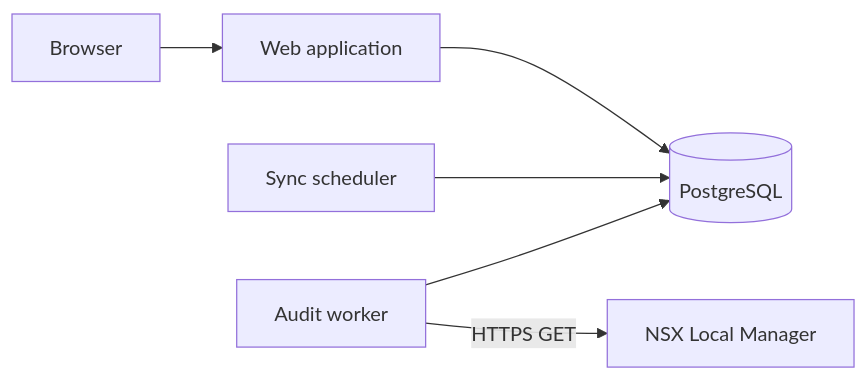
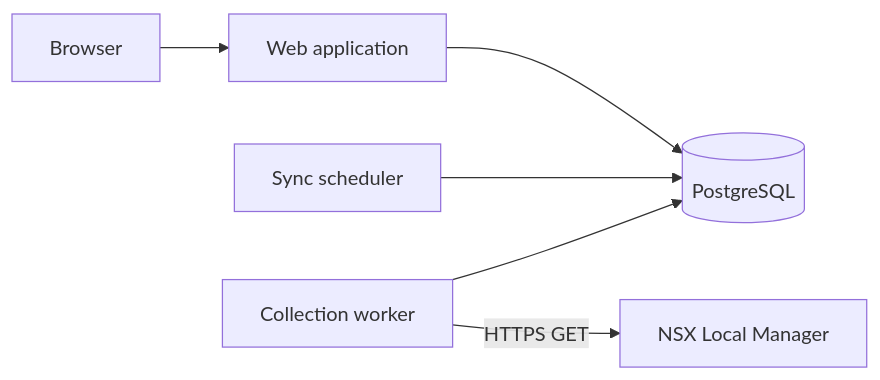
Before and after one commit to vkernel/NSX-Security-Analyzer: the diagram in docs/architecture.md, drawn with Mermaid. The commit also changed 16 other files, not shown here.

Commit message:
Separate collection and recalculation worker lanes with global limits

````diff
--- a/docs/architecture.md
+++ b/docs/architecture.md
@@ -3,8 +3,8 @@
 ```mermaid
 flowchart LR
   Browser --> Web[Web application]
   Web --> DB[(PostgreSQL)]
   Scheduler[Sync scheduler] --> DB
-  Worker[Audit worker] --> DB
+  Worker[Collection worker] --> DB
   Worker -->|HTTPS GET| NSX[NSX Local Manager]
 ```
````
